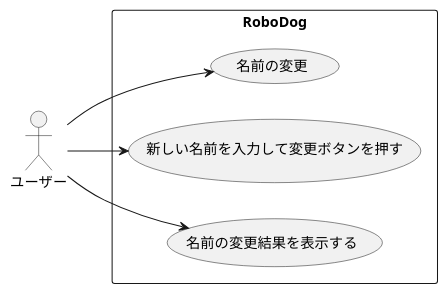
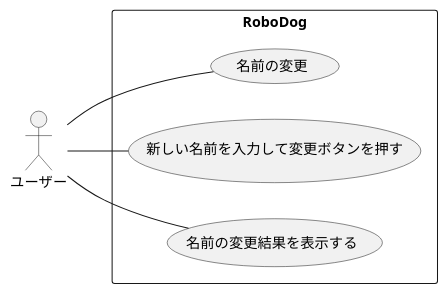
One commit to ko246/ohara_uml changed the diagram in group/06_robo_dog_3/ユースケース図/usecase.pu. Above: the diagram before and after it, drawn with PlantUML.

Commit message:
usecase微調整

```diff
--- a/group/06_robo_dog_3/ユースケース図/usecase.pu
+++ b/group/06_robo_dog_3/ユースケース図/usecase.pu
@@ -1,12 +1,12 @@
 @startuml 名前変更
 left to right direction
 actor "ユーザー" as fc
 rectangle RoboDog {
   usecase "名前の変更" as UC1
   usecase "新しい名前を入力して変更ボタンを押す" as UC2
   usecase "名前の変更結果を表示する" as UC3
 }
-fc --> UC1
-fc --> UC2
-fc --> UC3
+fc -- UC1
+fc -- UC2
+fc -- UC3
 @enduml
```
